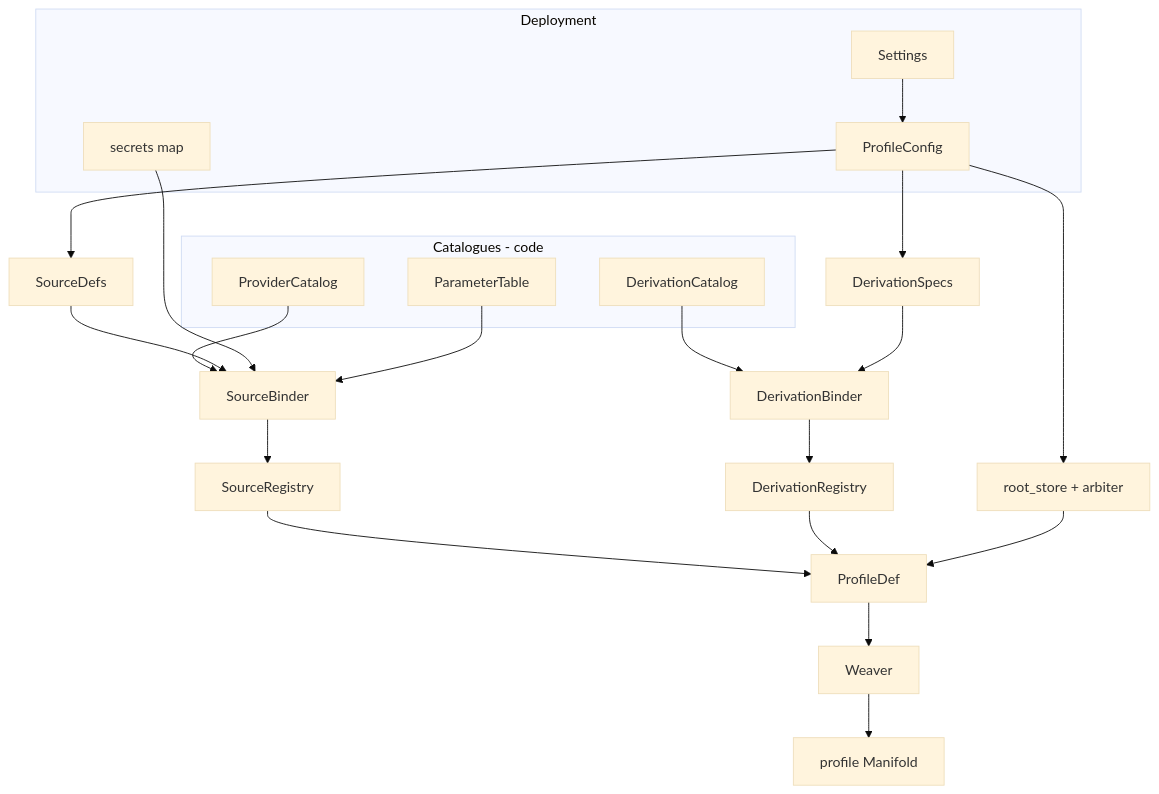
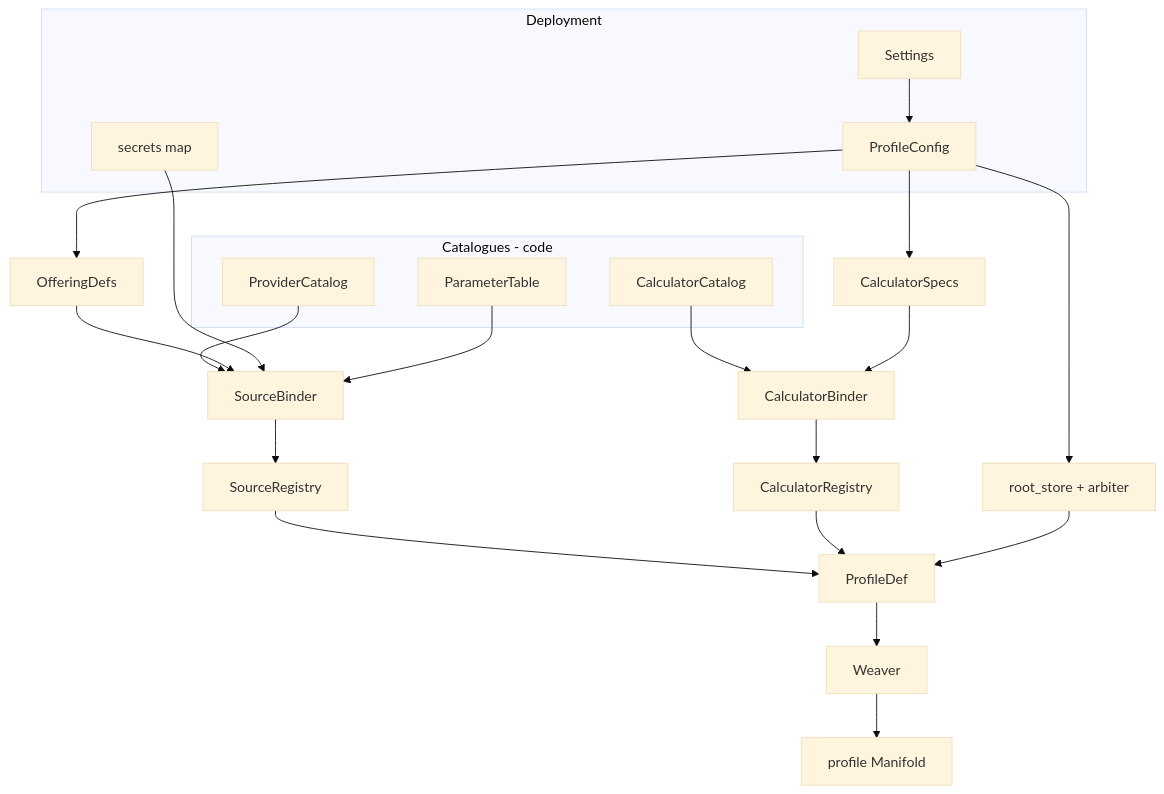
Before and after one commit to dveyarangi/meteoscape: the first of 4 diagrams in docs/adr/0005-build-time-composition.md, drawn with Mermaid (base theme). The commit also changed other lines of this file and 34 other files, not shown here.

First line of the commit message:
Rename OfferingDef and Calculator* build-time nouns; clear concern #22.

````diff
--- a/docs/adr/0005-build-time-composition.md
+++ b/docs/adr/0005-build-time-composition.md
@@ -15,28 +15,28 @@
 ```mermaid
 flowchart TB
   subgraph catalogues [Catalogues - code]
     PC[ProviderCatalog]
-    DC[DerivationCatalog]
+    CC[CalculatorCatalog]
     PT[ParameterTable]
   end
   subgraph deploy [Deployment]
     Sec[secrets map]
     Settings --> PC0[ProfileConfig]
   end
-  PC0 --> SD[SourceDefs]
-  PC0 --> DS[DerivationSpecs]
+  PC0 --> OD[OfferingDefs]
+  PC0 --> CS[CalculatorSpecs]
   PC0 --> RS[root_store + arbiter]
   PC --> SB[SourceBinder]
-  SD --> SB
+  OD --> SB
   Sec --> SB
   PT --> SB
   SB --> SR[SourceRegistry]
-  DC --> DB[DerivationBinder]
-  DS --> DB
-  DB --> DR[DerivationRegistry]
+  CC --> CB[CalculatorBinder]
+  CS --> CB
+  CB --> CR[CalculatorRegistry]
   SR --> PD[ProfileDef]
-  DR --> PD
+  CR --> PD
   RS --> PD
   PD --> Weaver
   Weaver --> M[profile Manifold]
 ```
````
